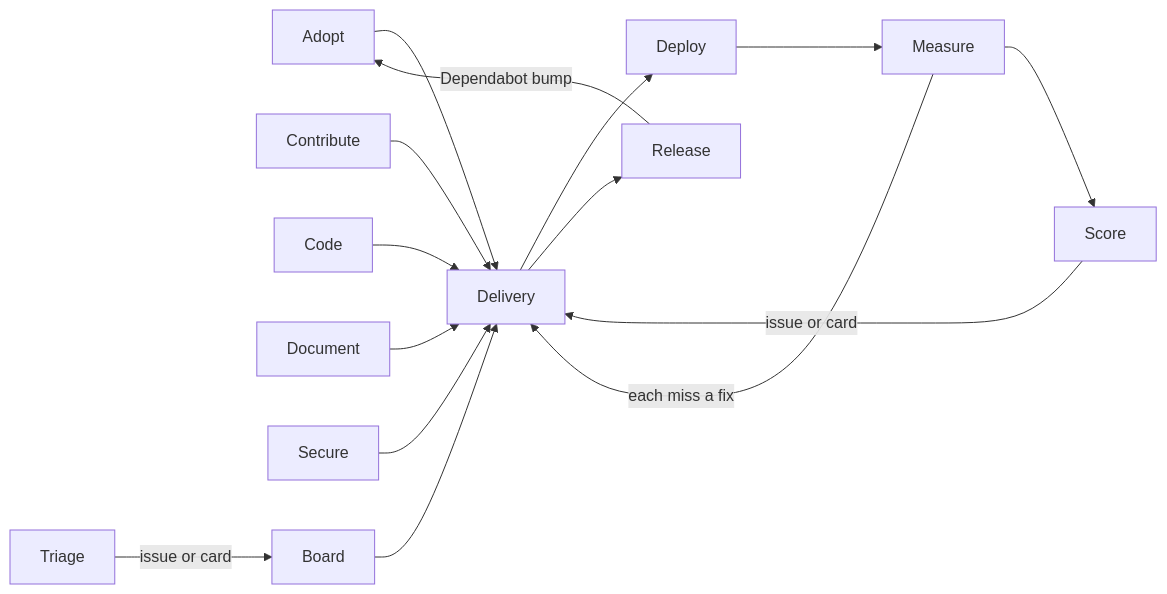
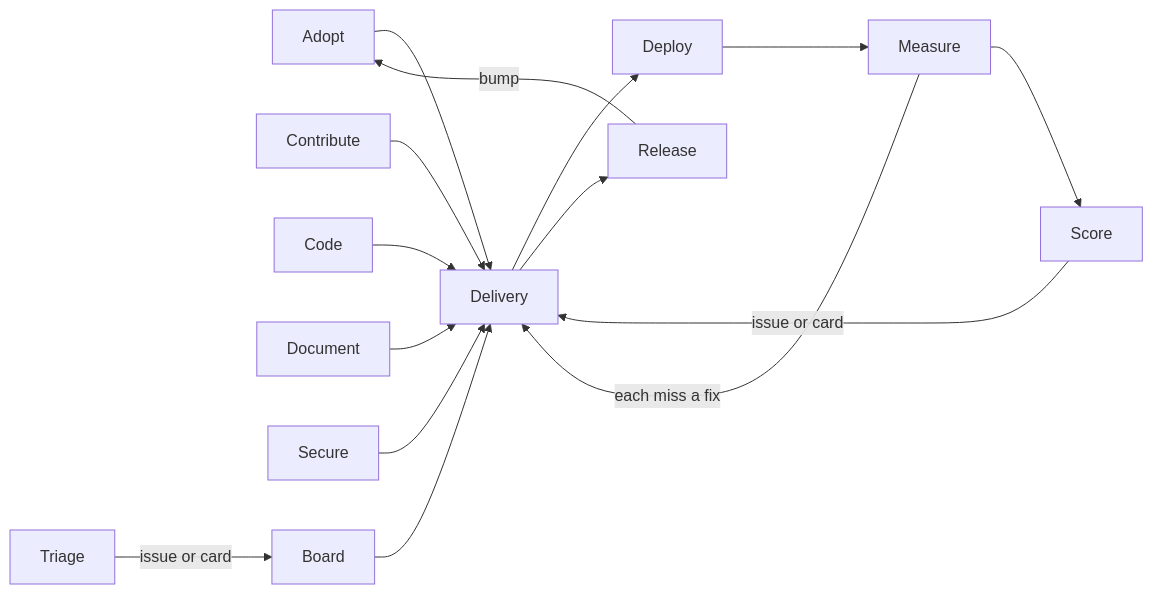
The diagram in README.md (SoulCraft-Org/git-crafter), drawn with Mermaid before and after one commit. The commit also changed other lines of this file, not shown here.

````diff
--- a/README.md
+++ b/README.md
@@ -38,12 +38,12 @@
 ```mermaid
 flowchart LR
   AD[Adopt] --> DL[Delivery] --> DP[Deploy] --> ME[Measure]
-  DL --> RE[Release] -->|Dependabot bump| AD
+  DL --> RE[Release] -->|bump| AD
   ME --> SC[Score] -->|issue or card| DL
   CT[Contribute] --> DL
   CO[Code] --> DL
   DO[Document] --> DL
   SE[Secure] --> DL
   TR[Triage] -->|issue or card| BO[Board] --> DL
   ME -->|each miss a fix| DL
 ```
````
